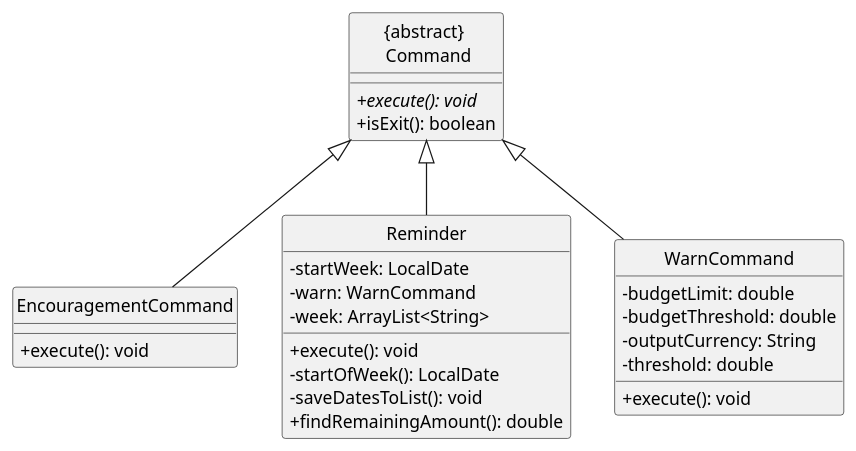
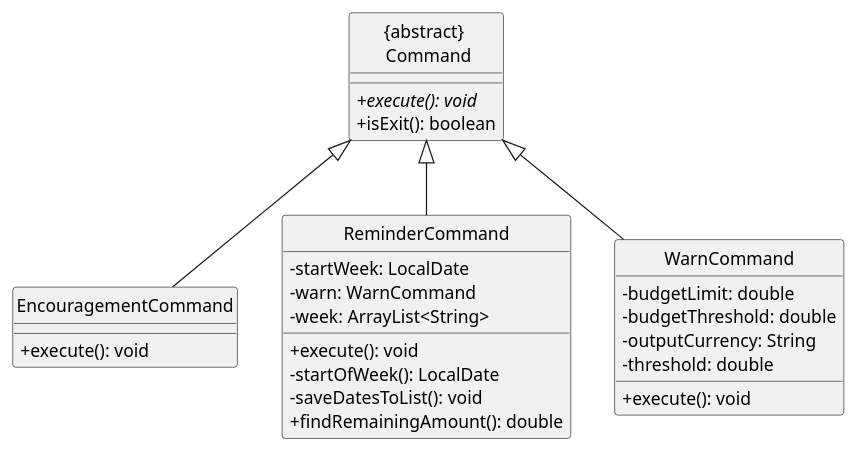
Before and after one commit to xieyaoyue/tp: the diagram in src/uml/class diagrams/HiddenCommands.puml, drawn with PlantUML. The commit also changed 4 other files, not shown here.

Commit message:
update uml in dg

```diff
--- a/src/uml/class diagrams/HiddenCommands.puml
+++ b/src/uml/class diagrams/HiddenCommands.puml
@@ -1,39 +1,39 @@
 @startuml
 
 hide circle
 skinparam classAttributeIconSize 0
 
 class "{abstract} \n Command"{
     + execute(): void {abstract}
     + isExit(): boolean
 }
 
-class "Reminder" {
+class "ReminderCommand" {
     - startWeek: LocalDate
     - warn: WarnCommand
     - week: ArrayList<String>
     + execute(): void
     - startOfWeek(): LocalDate
     - saveDatesToList(): void
     + findRemainingAmount(): double
 }
 
 class "EncouragementCommand" {
     + execute(): void
 }
 
 class "WarnCommand" {
     - budgetLimit: double
     - budgetThreshold: double
     - outputCurrency: String
     - threshold: double
     + execute(): void
 }
 
-EncouragementCommand -[hidden]right-> Reminder
-Reminder -[hidden]right-> WarnCommand
+EncouragementCommand -[hidden]right-> ReminderCommand
+ReminderCommand -[hidden]right-> WarnCommand
 EncouragementCommand -up-|> "{abstract} \n Command"
-Reminder -up-|> "{abstract} \n Command"
+ReminderCommand -up-|> "{abstract} \n Command"
 WarnCommand -up-|> "{abstract} \n Command"
 
 @enduml
```
